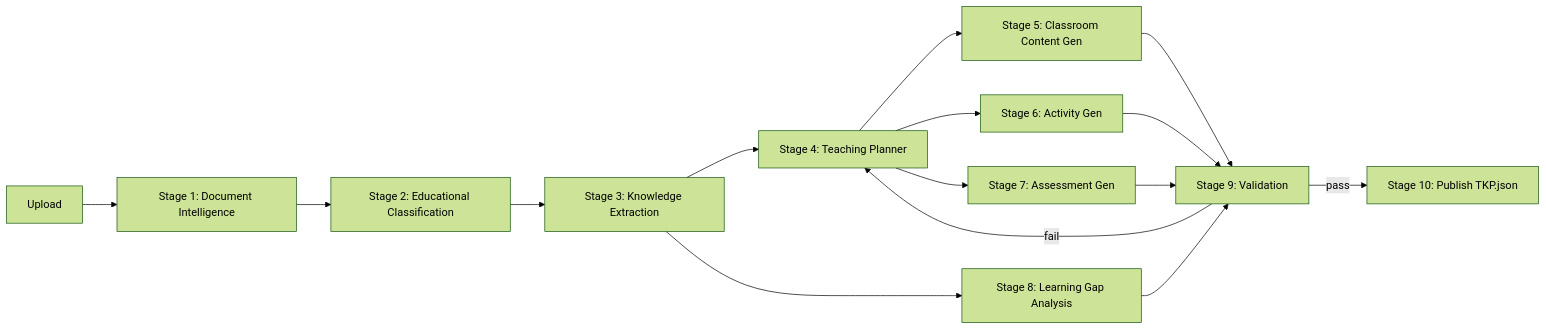
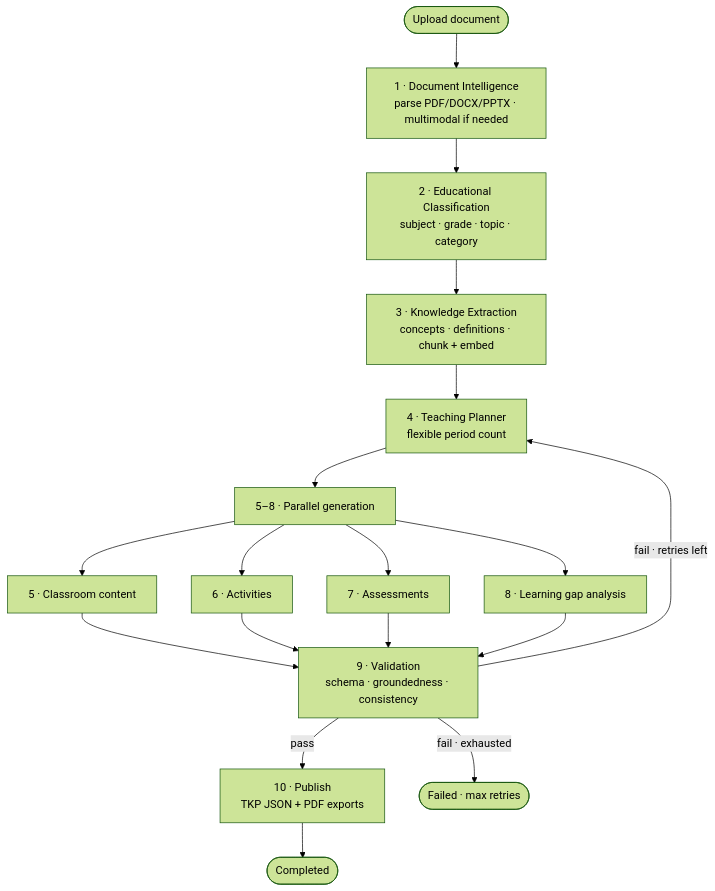
Before and after one commit to Luvyansh/gyansetu-tkp-assignment: the second of 4 diagrams in README.md, drawn with Mermaid (forest theme). The commit also changed other lines of this file, not shown here.

First line of the commit message:
docs: expand README with architecture flowcharts and runbook

````diff
--- a/README.md
+++ b/README.md
@@ -15,14 +74,25 @@
 ```mermaid
-flowchart LR
-    A[Upload] --> B[Stage 1: Document Intelligence]
-    B --> C[Stage 2: Educational Classification]
-    C --> D[Stage 3: Knowledge Extraction]
-    D --> E[Stage 4: Teaching Planner]
-    E --> F[Stage 5: Classroom Content Gen]
-    E --> G[Stage 6: Activity Gen]
-    E --> H[Stage 7: Assessment Gen]
-    D --> I[Stage 8: Learning Gap Analysis]
-    F & G & H & I --> J[Stage 9: Validation]
-    J -->|fail| E
-    J -->|pass| K[Stage 10: Publish TKP.json]
+flowchart TD
+    START([Upload document]) --> N1
+
+    N1[1 · Document Intelligence<br/>parse PDF/DOCX/PPTX · multimodal if needed]
+    N2[2 · Educational Classification<br/>subject · grade · topic · category]
+    N3[3 · Knowledge Extraction<br/>concepts · definitions · chunk + embed]
+    N4[4 · Teaching Planner<br/>flexible period count]
+    PAR[5–8 · Parallel generation]
+    N5[5 · Classroom content]
+    N6[6 · Activities]
+    N7[7 · Assessments]
+    N8[8 · Learning gap analysis]
+    N9[9 · Validation<br/>schema · groundedness · consistency]
+    N10[10 · Publish<br/>TKP JSON + PDF exports]
+    FAIL([Failed · max retries])
+
+    N1 --> N2 --> N3 --> N4 --> PAR
+    PAR --> N5 & N6 & N7 & N8
+    N5 & N6 & N7 & N8 --> N9
+    N9 -->|pass| N10
+    N9 -->|fail · retries left| N4
+    N9 -->|fail · exhausted| FAIL
+    N10 --> END([Completed])
 ```
````
